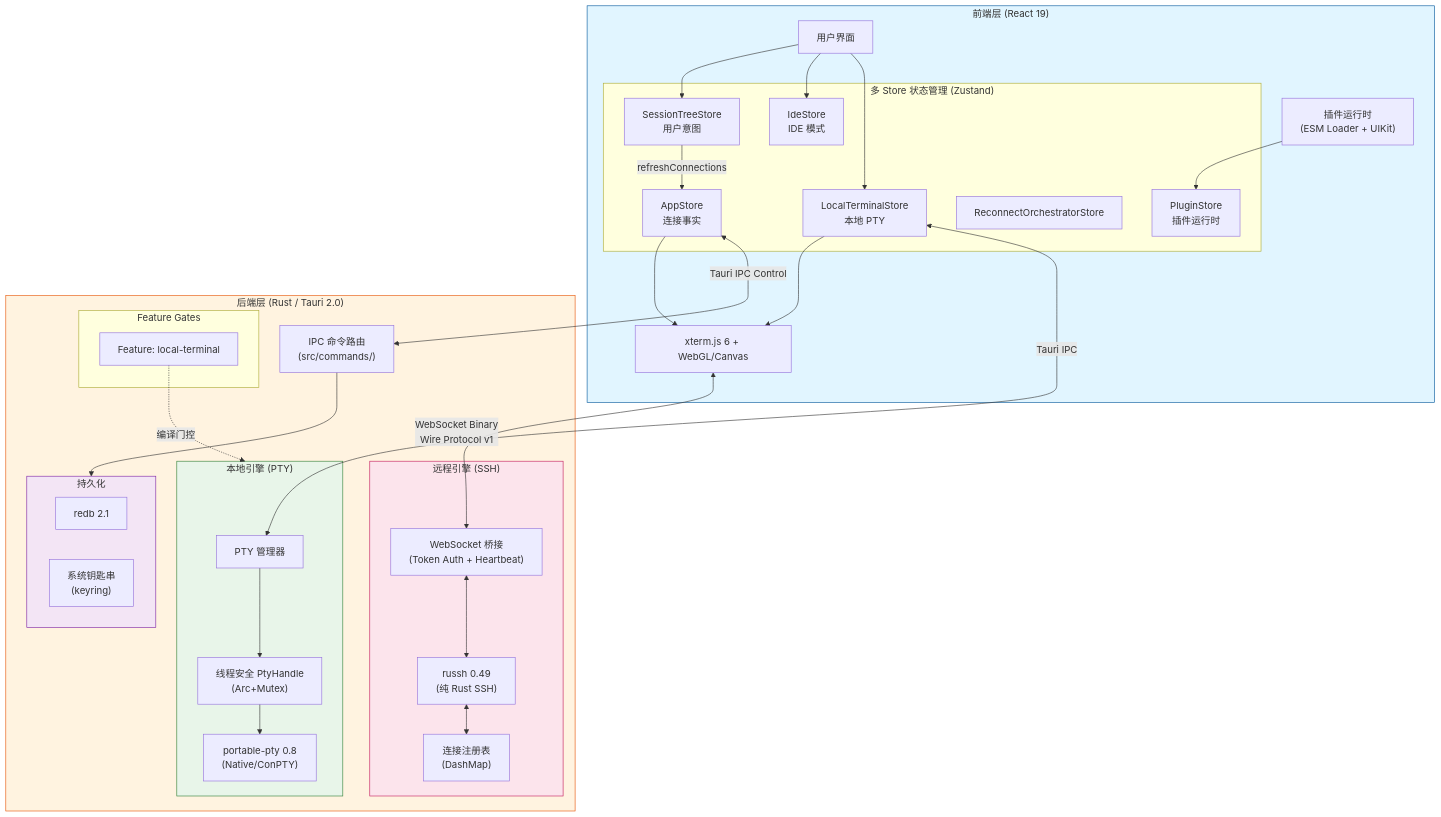
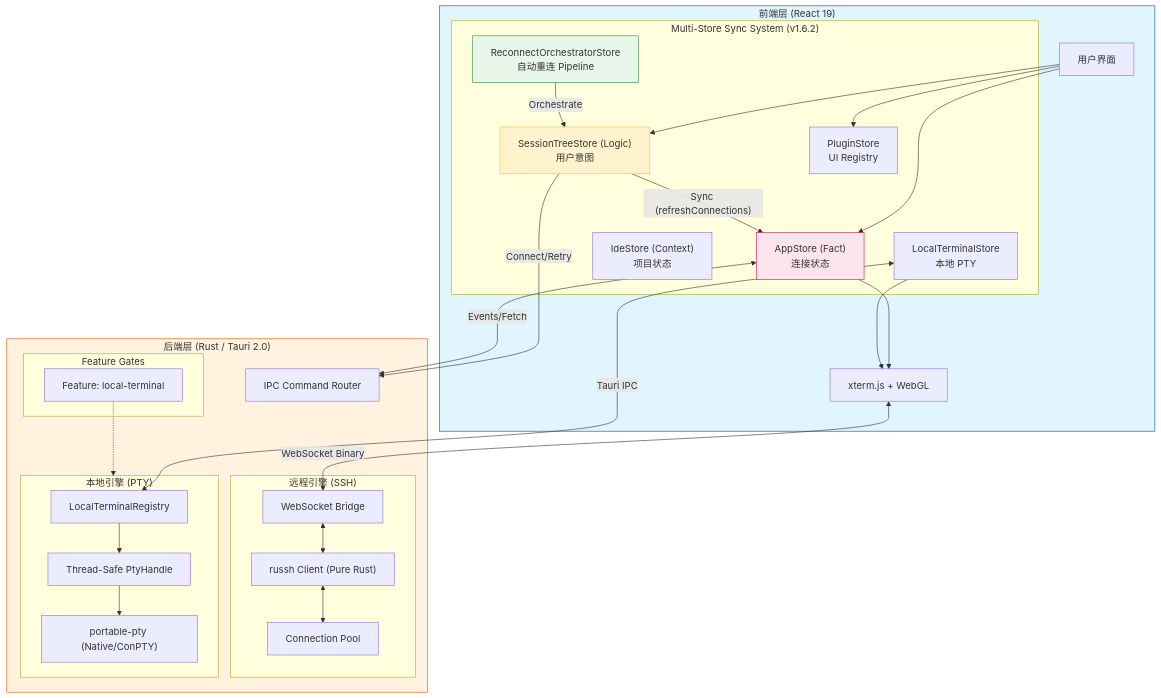
Before and after one commit to AnalyseDeCircuit/OxideTerm: the diagram in README.zh-CN.md, drawn with Mermaid. The commit also changed 3 other files, not shown here.

````diff
--- a/README.zh-CN.md
+++ b/README.zh-CN.md
@@ -58,68 +58,64 @@
 ```mermaid
 flowchart TB
     subgraph Frontend ["前端层 (React 19)"]
         UI[用户界面]
 
-        subgraph Stores ["多 Store 状态管理 (Zustand)"]
-            TreeStore["SessionTreeStore<br/>用户意图"]
-            AppStore["AppStore<br/>连接事实"]
-            IdeStore["IdeStore<br/>IDE 模式"]
+        subgraph Stores ["Multi-Store Sync System (v1.6.2)"]
+            TreeStore["SessionTreeStore (Logic)<br/>用户意图"]
+            RemoteStore["AppStore (Fact)<br/>连接状态"]
+            IdeStore["IdeStore (Context)<br/>项目状态"]
             LocalStore["LocalTerminalStore<br/>本地 PTY"]
-            ReconnectStore["ReconnectOrchestratorStore"]
-            PluginStore["PluginStore<br/>插件运行时"]
+            ReconnectStore["ReconnectOrchestratorStore<br/>自动重连 Pipeline"]
+            PluginStore["PluginStore<br/>UI Registry"]
         end
 
-        Terminal["xterm.js 6 + WebGL/Canvas"]
-        PluginRT["插件运行时<br/>(ESM Loader + UIKit)"]
+        Terminal["xterm.js + WebGL"]
 
         UI --> TreeStore
-        TreeStore -->|refreshConnections| AppStore
-        UI --> IdeStore
-        UI --> LocalStore
-        AppStore --> Terminal
+        UI --> RemoteStore
+        UI --> PluginStore
+
+        TreeStore -- "Sync (refreshConnections)" --> RemoteStore
+        RemoteStore --> Terminal
         LocalStore --> Terminal
-        PluginRT --> PluginStore
+        ReconnectStore -- "Orchestrate" --> TreeStore
     end
 
     subgraph Backend ["后端层 (Rust / Tauri 2.0)"]
-        Router["IPC 命令路由<br/>(src/commands/)"]
+        Router["IPC Command Router"]
 
         subgraph Features ["Feature Gates"]
             LocalFeat["Feature: local-terminal"]
         end
 
         subgraph RemoteEngine ["远程引擎 (SSH)"]
-            WS["WebSocket 桥接<br/>(Token Auth + Heartbeat)"]
-            SSH["russh 0.49<br/>(纯 Rust SSH)"]
-            Pool["连接注册表<br/>(DashMap)"]
+            WS["WebSocket Bridge"]
+            SSH["russh Client (Pure Rust)"]
+            Pool["Connection Pool"]
         end
 
         subgraph LocalEngine ["本地引擎 (PTY)"]
-            PtyMgr["PTY 管理器"]
-            PtyHandle["线程安全 PtyHandle<br/>(Arc+Mutex)"]
-            NativePTY["portable-pty 0.8<br/>(Native/ConPTY)"]
-        end
-
-        subgraph Storage ["持久化"]
-            Redb["redb 2.1"]
-            Keychain["系统钥匙串<br/>(keyring)"]
+            LocalReg["LocalTerminalRegistry"]
+            PtyHandle["Thread-Safe PtyHandle"]
+            NativePTY["portable-pty (Native/ConPTY)"]
         end
     end
 
     %% 数据流
-    LocalStore <-->|Tauri IPC| PtyMgr
-    PtyMgr --> PtyHandle --> NativePTY
+    LocalStore <-->|Tauri IPC| LocalReg
+    LocalReg --> PtyHandle --> NativePTY
 
-    AppStore <-->|Tauri IPC Control| Router
-    Terminal <-->|WebSocket Binary<br/>Wire Protocol v1| WS
+    TreeStore -->|Connect/Retry| Router
+    RemoteStore <-->|Events/Fetch| Router
+
+    Terminal <-->|WebSocket Binary| WS
     WS <--> SSH <--> Pool
 
-    Router --> Storage
-    LocalFeat -.->|编译门控| LocalEngine
+    LocalFeat -.-> LocalEngine
 
     style Frontend fill:#e1f5ff,stroke:#01579b
     style Backend fill:#fff3e0,stroke:#e65100
-    style LocalEngine fill:#e8f5e9,stroke:#2e7d32
-    style RemoteEngine fill:#fce4ec,stroke:#c2185b
-    style Storage fill:#f3e5f5,stroke:#7b1fa2
+    style TreeStore fill:#fff3cd,stroke:#fbc02d
+    style RemoteStore fill:#fce4ec,stroke:#c2185b
+    style ReconnectStore fill:#e8f5e9,stroke:#388e3c
 ```
````
